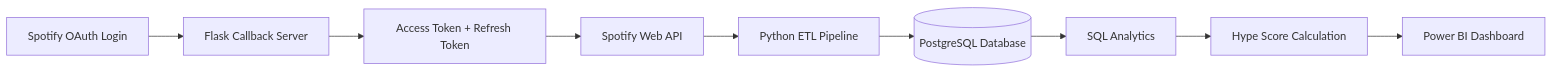
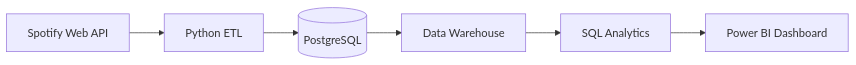
The diagram in README.md (Pedrorocha13/MusicPulse), drawn with Mermaid before and after one commit. The commit also changed other lines of this file and 4 other files, not shown here.

````diff
--- a/README.md
+++ b/README.md
@@ -3,17 +65,8 @@
 ```mermaid
 flowchart LR
-
-    A[Spotify OAuth Login] --> B[Flask Callback Server]
-    B --> C[Access Token + Refresh Token]
-
-    C --> D[Spotify Web API]
-    D --> E[Python ETL Pipeline]
-
-    E --> F[(PostgreSQL Database)]
-
-    F --> G[SQL Analytics]
-    G --> H[Hype Score Calculation]
-
-    H --> I[Power BI Dashboard]
-
+    A[Spotify Web API] --> B[Python ETL]
+    B --> C[(PostgreSQL)]
+    C --> D[Data Warehouse]
+    D --> E[SQL Analytics]
+    E --> F[Power BI Dashboard]
 ```
````
